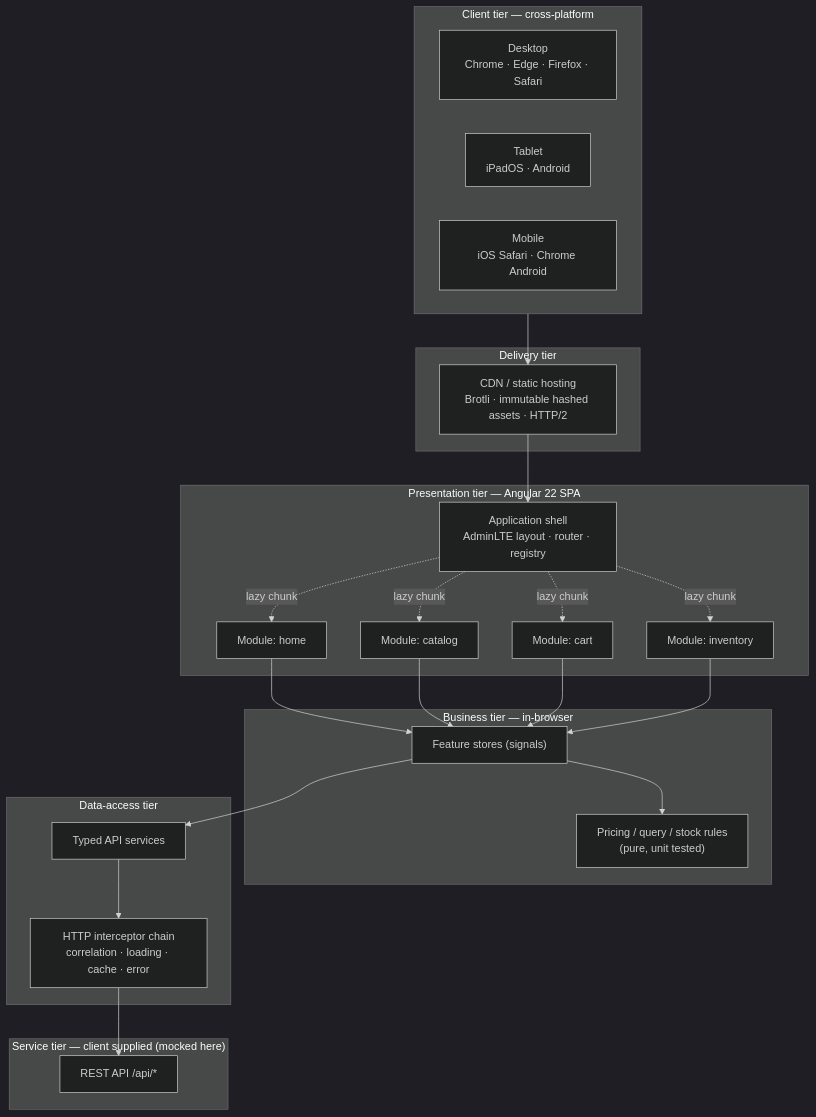
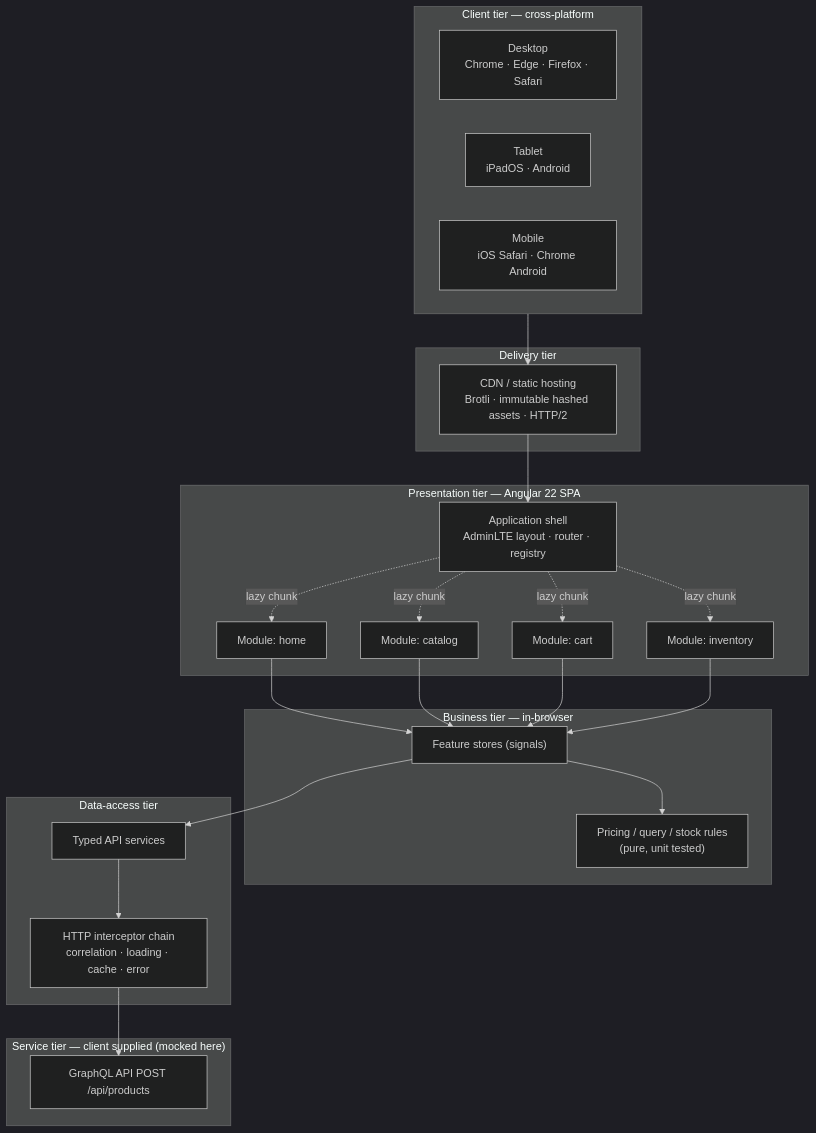
Before and after one commit to gauravmehta27/rimss: the first of 2 diagrams in docs/01-solution-approach.md, drawn with Mermaid (dark theme). The commit also changed other lines of this file and 42 other files, not shown here.

````diff
--- a/docs/01-solution-approach.md
+++ b/docs/01-solution-approach.md
@@ -10,39 +10,39 @@
 ```mermaid
 flowchart TB
   subgraph Clients["Client tier — cross-platform"]
     D["Desktop<br/>Chrome · Edge · Firefox · Safari"]
     T["Tablet<br/>iPadOS · Android"]
     M["Mobile<br/>iOS Safari · Chrome Android"]
   end
 
   subgraph Edge["Delivery tier"]
     CDN["CDN / static hosting<br/>Brotli · immutable hashed assets · HTTP/2"]
   end
 
   subgraph SPA["Presentation tier — Angular 22 SPA"]
     SH["Application shell<br/>AdminLTE layout · router · registry"]
     P1["Module: home"]
     P2["Module: catalog"]
     P3["Module: cart"]
     P4["Module: inventory"]
   end
 
   subgraph Domain["Business tier — in-browser"]
     ST["Feature stores (signals)"]
     RUL["Pricing / query / stock rules<br/>(pure, unit tested)"]
   end
 
   subgraph Data["Data-access tier"]
     SVC["Typed API services"]
     INT["HTTP interceptor chain<br/>correlation · loading · cache · error"]
   end
 
   subgraph Backend["Service tier — client supplied (mocked here)"]
-    API["REST API /api/*"]
+    API["GraphQL API POST /api/products"]
   end
 
   Clients --> CDN --> SH
   SH -.lazy chunk.-> P1 & P2 & P3 & P4
   P1 & P2 & P3 & P4 --> ST --> RUL
   ST --> SVC --> INT --> API
 ```
````
